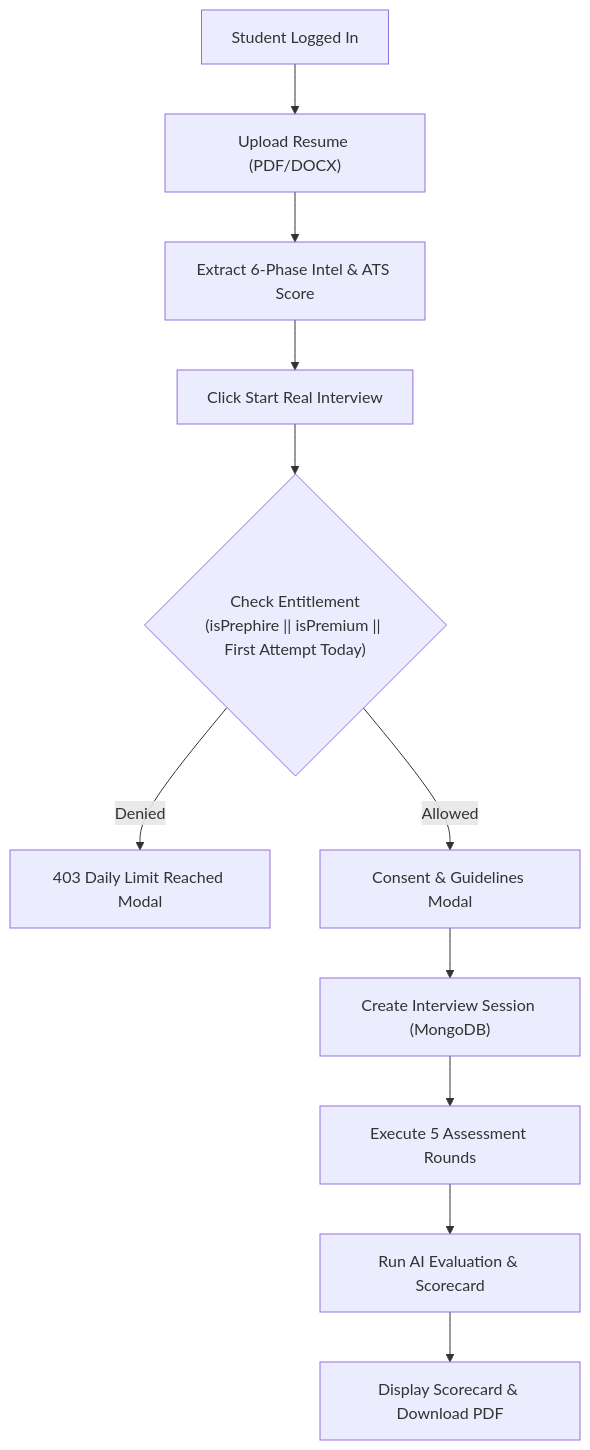
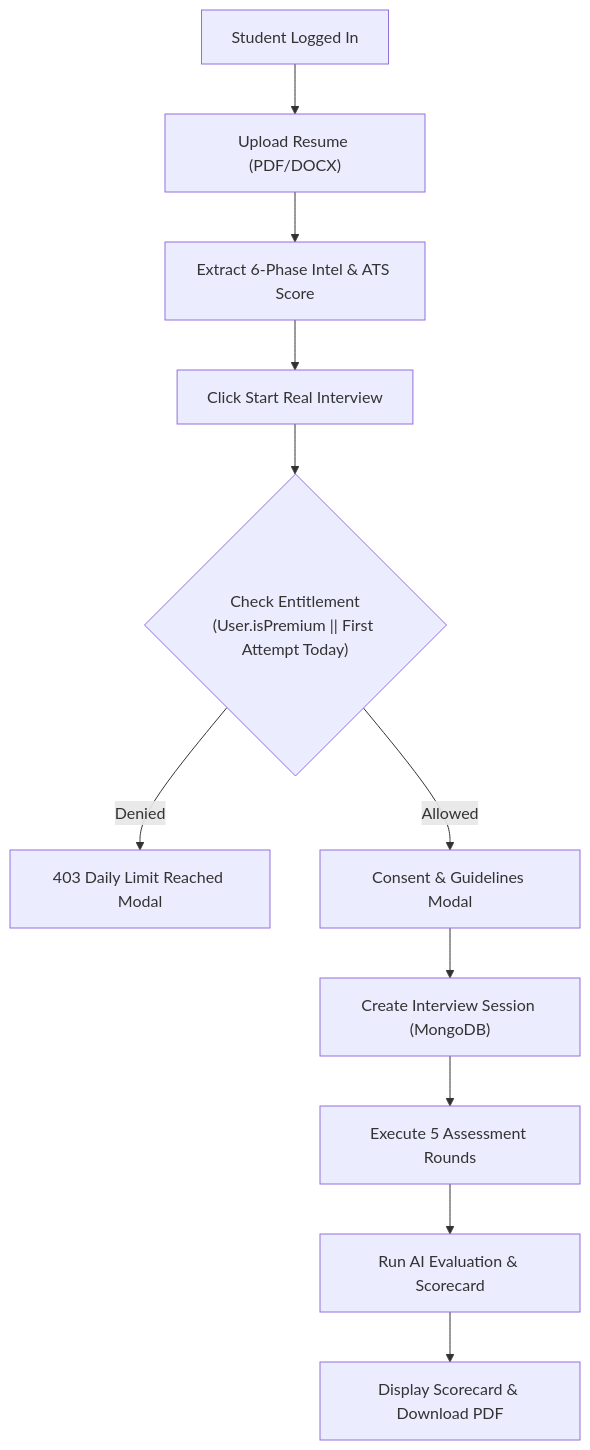
The eighth of 9 diagrams in README.md (Tushar-3612/AI-Interview-Platform), drawn with Mermaid before and after one commit. The commit also changed other lines of this file and 2 other files, not shown here.

Commit message:
fix: enforce admin-approved premium interview entitlement

````diff
--- a/README.md
+++ b/README.md
@@ -430,14 +430,14 @@
 ```mermaid
 flowchart TD
     START["Student Logged In"] --> UPLOAD["Upload Resume (PDF/DOCX)"]
     UPLOAD --> EXTRACT["Extract 6-Phase Intel & ATS Score"]
     EXTRACT --> START_INT["Click Start Real Interview"]
-    START_INT --> ENTITLEMENT{"Check Entitlement<br/>(isPrephire || isPremium || First Attempt Today)"}
+    START_INT --> ENTITLEMENT{"Check Entitlement<br/>(User.isPremium || First Attempt Today)"}
     
     ENTITLEMENT -- Denied --> BLOCKED["403 Daily Limit Reached Modal"]
     ENTITLEMENT -- Allowed --> CONSENT["Consent & Guidelines Modal"]
     CONSENT --> SESSION["Create Interview Session (MongoDB)"]
     SESSION --> ROUNDS["Execute 5 Assessment Rounds"]
     ROUNDS --> EVALUATE["Run AI Evaluation & Scorecard"]
     EVALUATE --> REPORT["Display Scorecard & Download PDF"]
 ```
````
